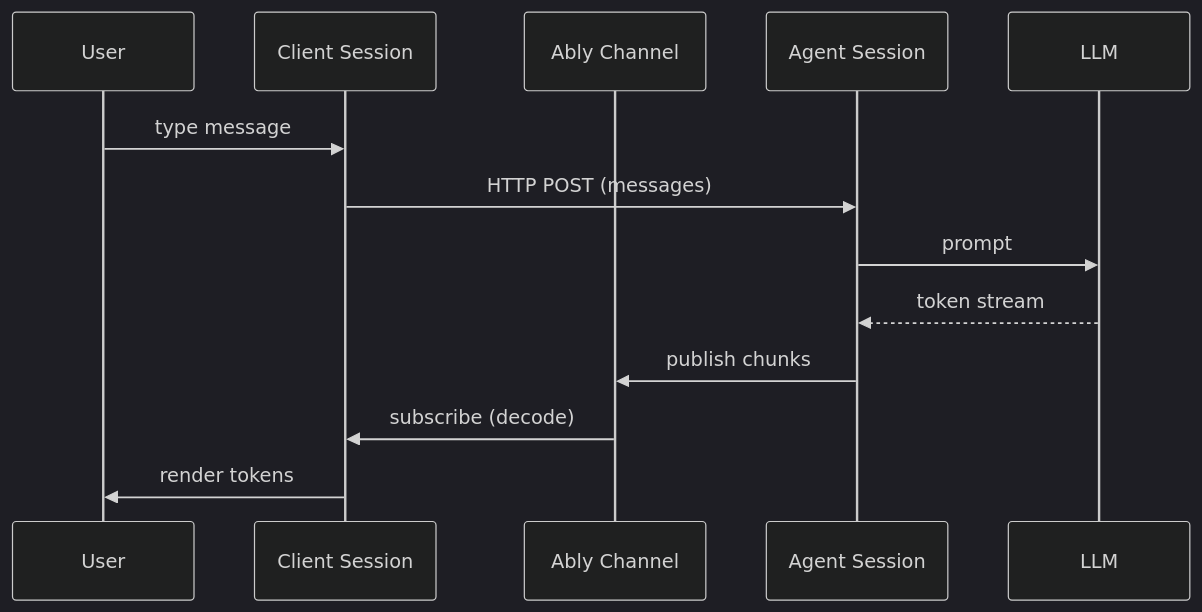
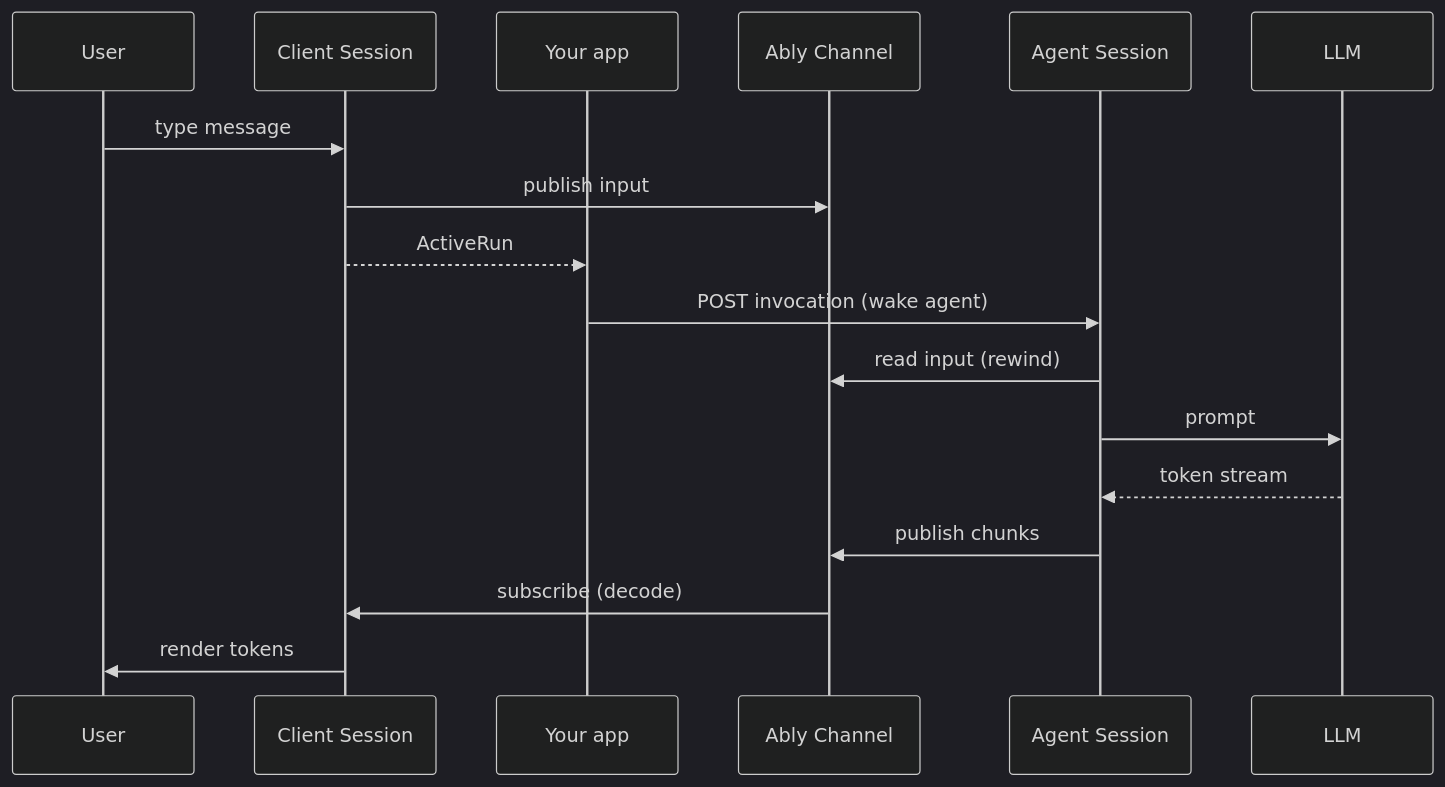
One commit to ably/ably-ai-transport-js changed the diagram in docs/concepts/sessions.md. Above: the diagram before and after it, drawn with Mermaid (dark theme). The commit also changed other lines of this file and 12 other files, not shown here.

````diff
--- a/docs/concepts/sessions.md
+++ b/docs/concepts/sessions.md
@@ -7,16 +7,20 @@
 ```mermaid
 sequenceDiagram
     participant U as User
     participant CS as Client Session
+    participant App as Your app
     participant AC as Ably Channel
     participant AS as Agent Session
     participant LLM
 
     U->>CS: type message
-    CS->>AS: HTTP POST (messages)
+    CS->>AC: publish input
+    CS-->>App: ActiveRun
+    App->>AS: POST invocation (wake agent)
+    AS->>AC: read input (rewind)
     AS->>LLM: prompt
     LLM-->>AS: token stream
     AS->>AC: publish chunks
     AC->>CS: subscribe (decode)
     CS->>U: render tokens
 ```
````
